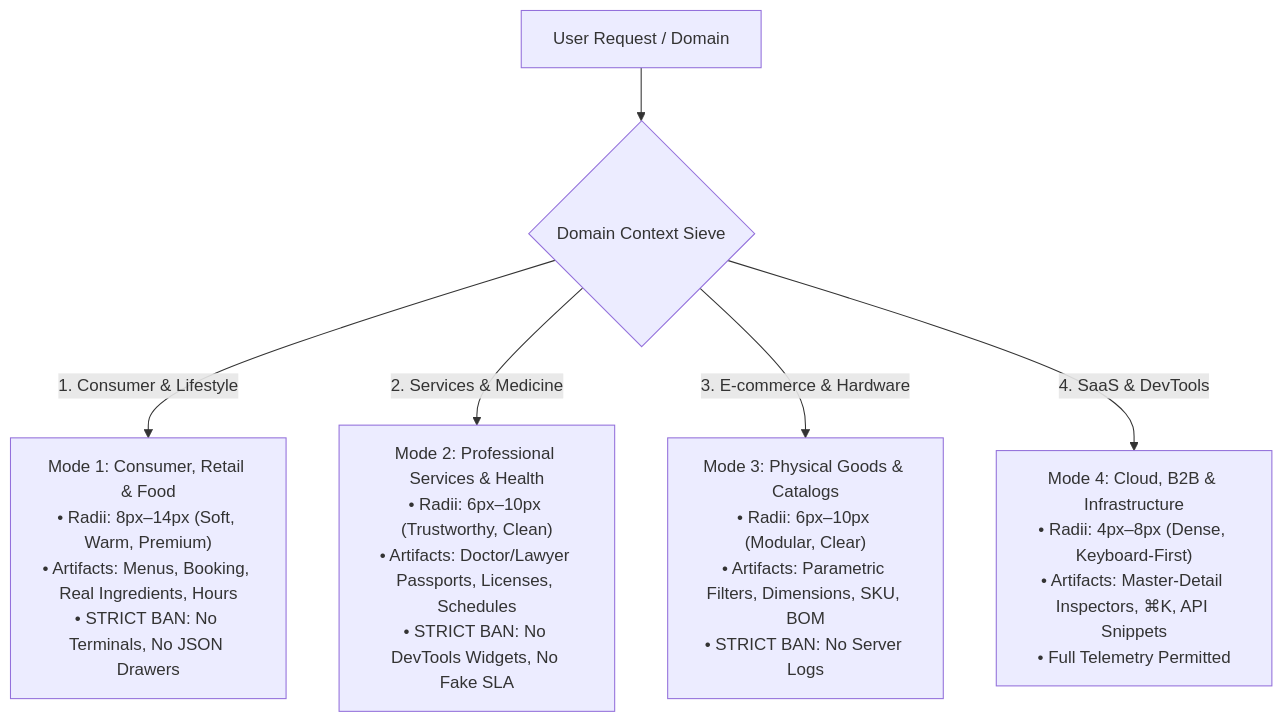
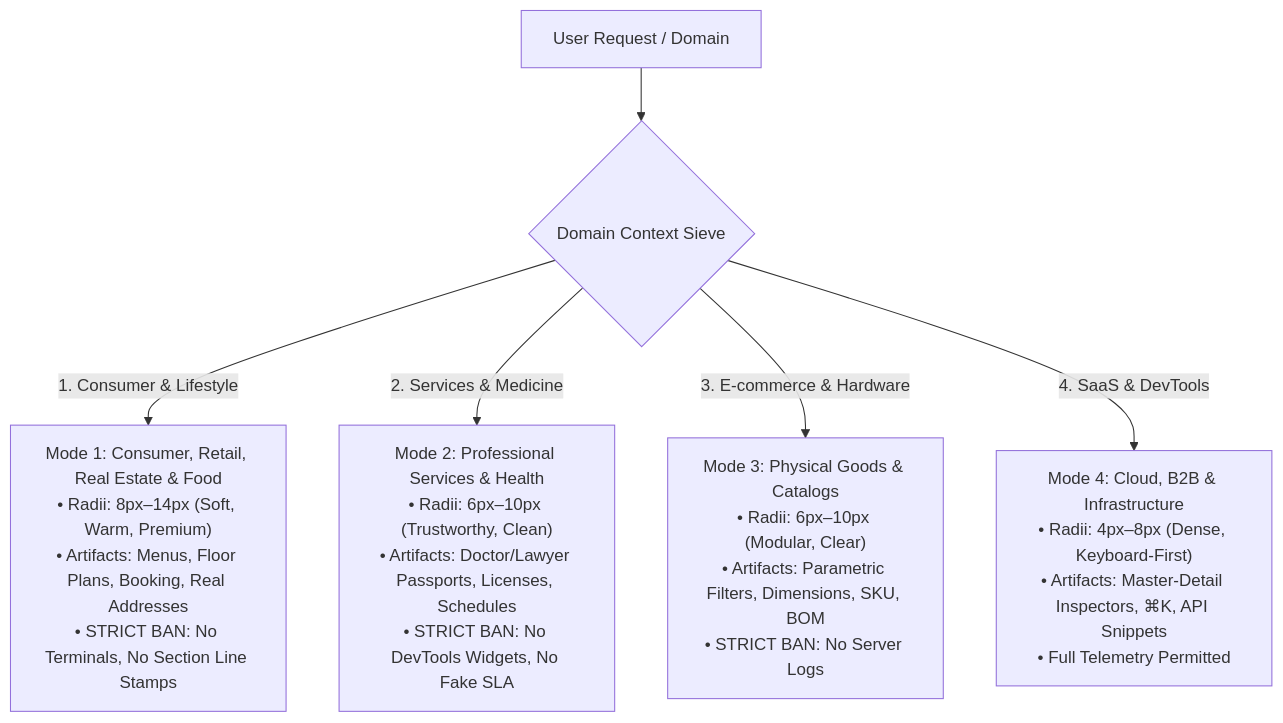
The diagram in README.md (Radomir-Aksenenko/ultimate-anti-ai-ui-slop), drawn with Mermaid before and after one commit. The commit also changed other lines of this file and 2 other files, not shown here.

Commit message:
feat(system): v12.0 Pure Commercial Human Craft (eradicate pseudo-architectural line stamps, GPS coords, vertical scroll sticks, and monospace buttons)

````diff
--- a/README.md
+++ b/README.md
@@ -28,9 +40,9 @@
 ```mermaid
 graph TD
   Prompt["User Request / Domain"] --> Sieve{"Domain Context Sieve"}
   
-  Sieve -->|"1. Consumer & Lifestyle"| D1["Mode 1: Consumer, Retail & Food<br/>• Radii: 8px–14px (Soft, Warm, Premium)<br/>• Artifacts: Menus, Booking, Real Ingredients, Hours<br/>• STRICT BAN: No Terminals, No JSON Drawers"]
+  Sieve -->|"1. Consumer & Lifestyle"| D1["Mode 1: Consumer, Retail, Real Estate & Food<br/>• Radii: 8px–14px (Soft, Warm, Premium)<br/>• Artifacts: Menus, Floor Plans, Booking, Real Addresses<br/>• STRICT BAN: No Terminals, No Section Line Stamps"]
   Sieve -->|"2. Services & Medicine"| D2["Mode 2: Professional Services & Health<br/>• Radii: 6px–10px (Trustworthy, Clean)<br/>• Artifacts: Doctor/Lawyer Passports, Licenses, Schedules<br/>• STRICT BAN: No DevTools Widgets, No Fake SLA"]
   Sieve -->|"3. E-commerce & Hardware"| D3["Mode 3: Physical Goods & Catalogs<br/>• Radii: 6px–10px (Modular, Clear)<br/>• Artifacts: Parametric Filters, Dimensions, SKU, BOM<br/>• STRICT BAN: No Server Logs"]
   Sieve -->|"4. SaaS & DevTools"| D4["Mode 4: Cloud, B2B & Infrastructure<br/>• Radii: 4px–8px (Dense, Keyboard-First)<br/>• Artifacts: Master-Detail Inspectors, ⌘K, API Snippets<br/>• Full Telemetry Permitted"]
 ```
````
